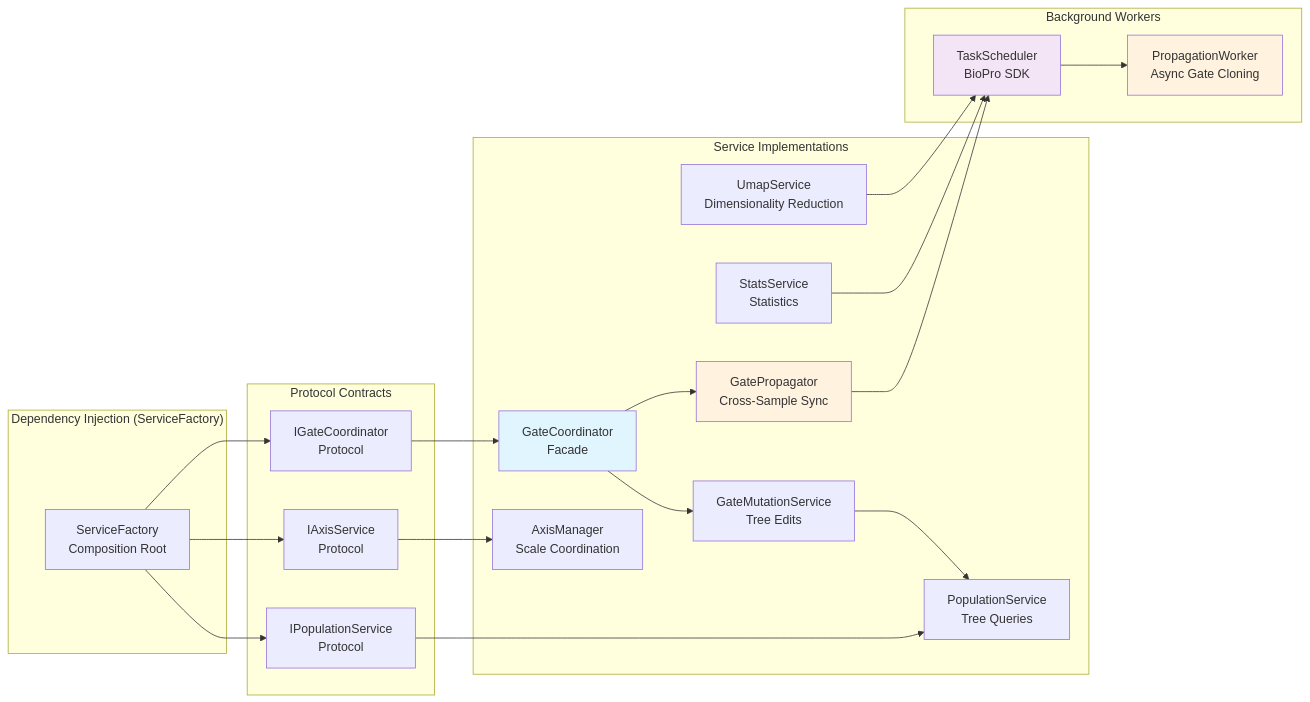
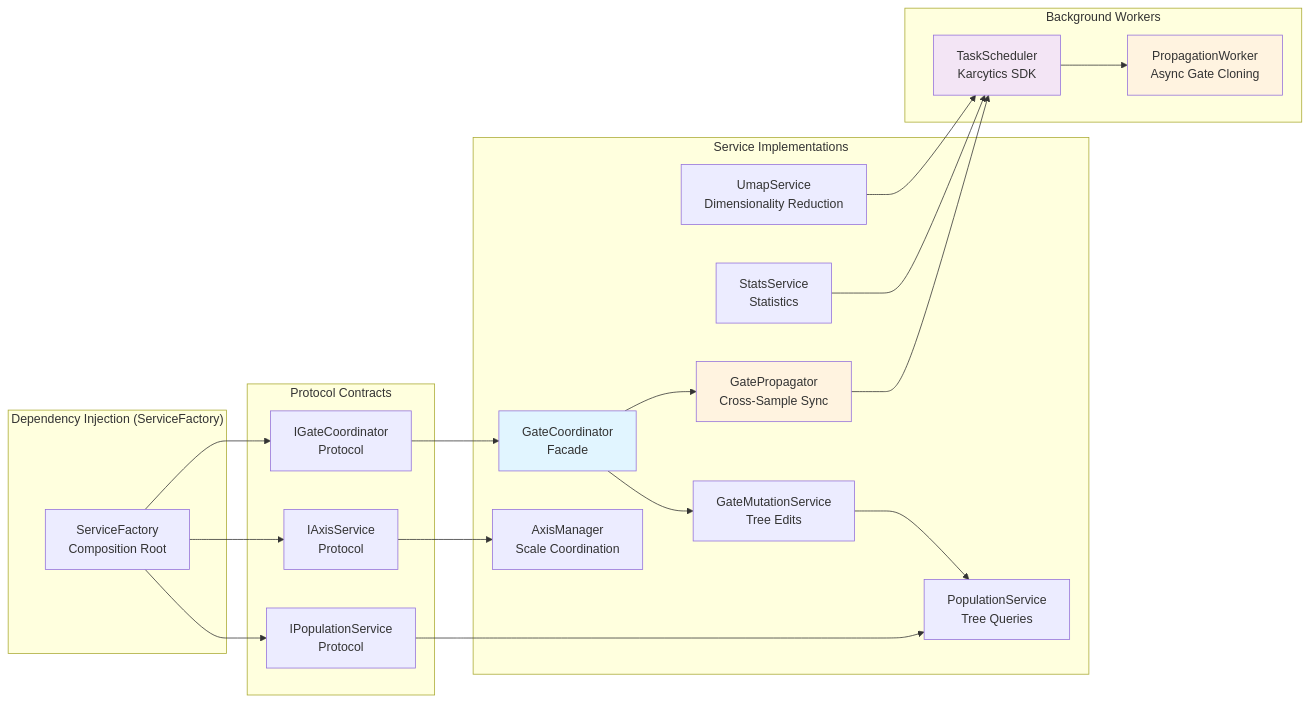
Before and after one commit to KalaimaranB/BioPro-flow-cytometry: the third of 6 diagrams in docs/developer/00_ARCHITECTURE_OVERVIEW.md, drawn with Mermaid. The commit also changed other lines of this file and 398 other files, not shown here.

Commit message:
Migration from BioPro to Karcytics nomenclature

````diff
--- a/docs/developer/00_ARCHITECTURE_OVERVIEW.md
+++ b/docs/developer/00_ARCHITECTURE_OVERVIEW.md
@@ -91,48 +91,48 @@
 ```mermaid
 graph LR
     subgraph "Dependency Injection (ServiceFactory)"
         SF["ServiceFactory<br/>Composition Root"]
     end
 
     subgraph "Protocol Contracts"
         IGC["IGateCoordinator<br/>Protocol"]
         IPS["IPopulationService<br/>Protocol"]
         IAS["IAxisService<br/>Protocol"]
     end
 
     subgraph "Service Implementations"
         GC["GateCoordinator<br/>Facade"]
         PS["PopulationService<br/>Tree Queries"]
         AS["AxisManager<br/>Scale Coordination"]
         GMS["GateMutationService<br/>Tree Edits"]
         GP["GatePropagator<br/>Cross-Sample Sync"]
         SS["StatsService<br/>Statistics"]
         US["UmapService<br/>Dimensionality Reduction"]
     end
 
     subgraph "Background Workers"
-        TS["TaskScheduler<br/>BioPro SDK"]
+        TS["TaskScheduler<br/>Karcytics SDK"]
         PW["PropagationWorker<br/>Async Gate Cloning"]
     end
 
     SF --> IGC
     SF --> IPS
     SF --> IAS
 
     IGC --> GC
     IPS --> PS
     IAS --> AS
 
     GC --> GMS
     GC --> GP
     GMS --> PS
     GP --> TS
     TS --> PW
     SS --> TS
     US --> TS
 
     style GC fill:#e1f5ff
     style GP fill:#fff3e0
     style PW fill:#fff3e0
     style TS fill:#f3e5f5
 ```
````
